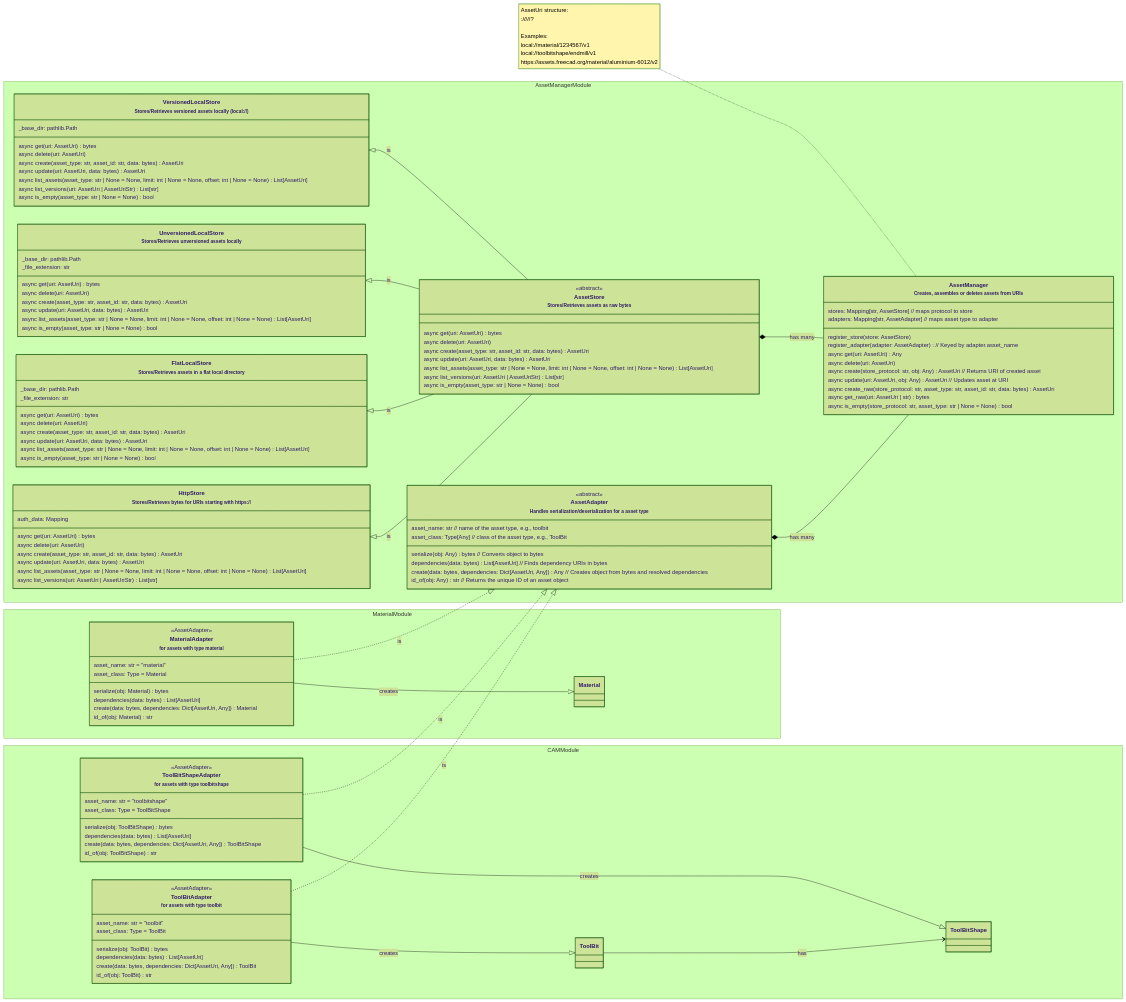
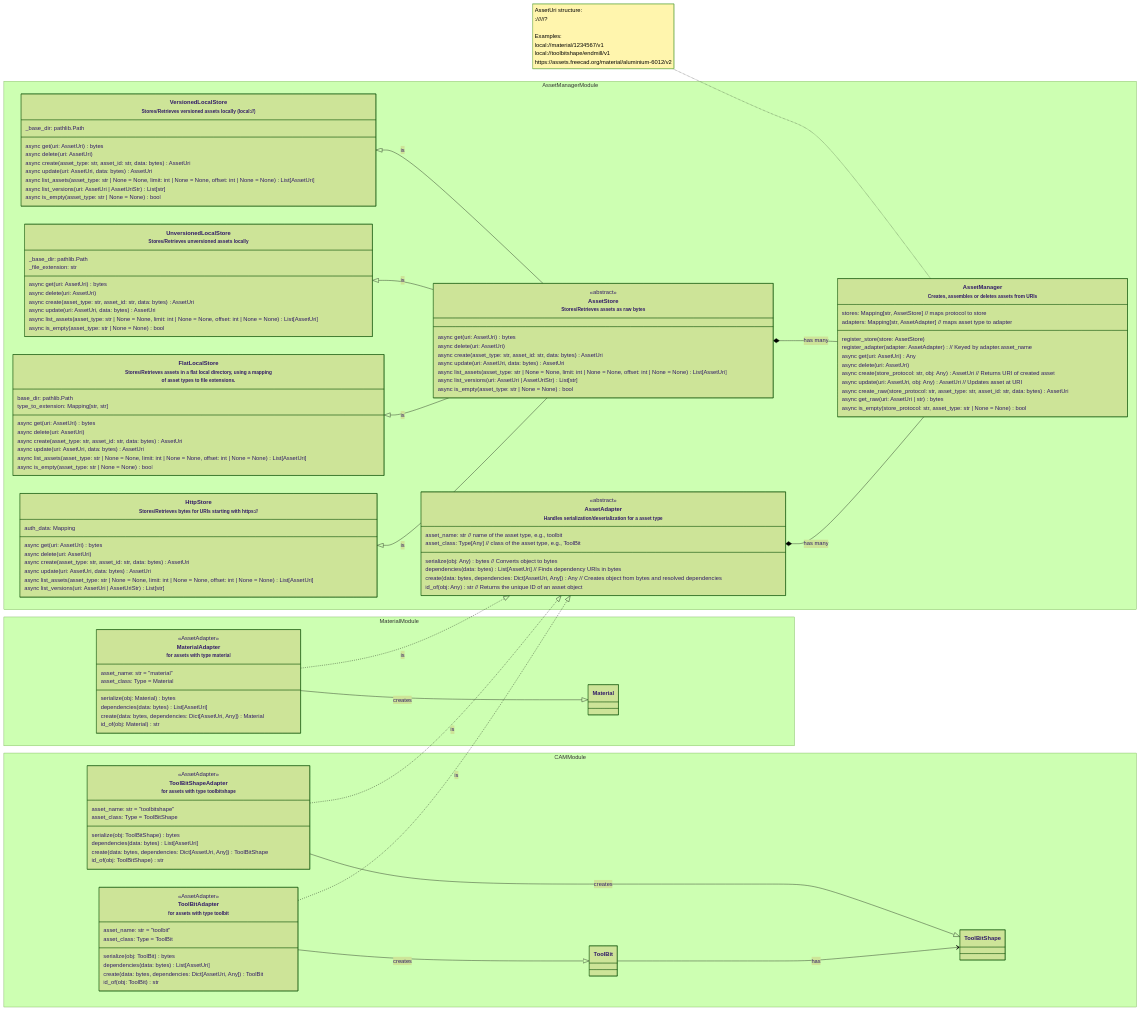
Before and after one commit to knipknap/FreeCAD: the diagram in src/Mod/CAM/Path/Tool/assets/README.md, drawn with Mermaid (forest theme). The commit also changed 3 other files, not shown here.

Commit message:
CAM: FlatLocalStore now supports different asset types based on file extension

```diff
--- a/src/Mod/CAM/Path/Tool/assets/README.md
+++ b/src/Mod/CAM/Path/Tool/assets/README.md
@@ -119,9 +119,10 @@
     UnversionedLocalStore <|-- AssetStore: is
 
     class FlatLocalStore["FlatLocalStore
-    <small>Stores/Retrieves assets in a flat local directory</small>"] {
-        _base_dir: pathlib.Path
-        _file_extension: str
+    <small>Stores/Retrieves assets in a flat local directory, using a mapping
+    of asset types to file extensions.</small>"] {
+        base_dir: pathlib.Path
+        type_to_extension: Mapping[str, str]
         async get(uri: AssetUri) bytes
         async delete(uri: AssetUri)
         async create(asset_type: str, asset_id: str, data: bytes) AssetUri
```
